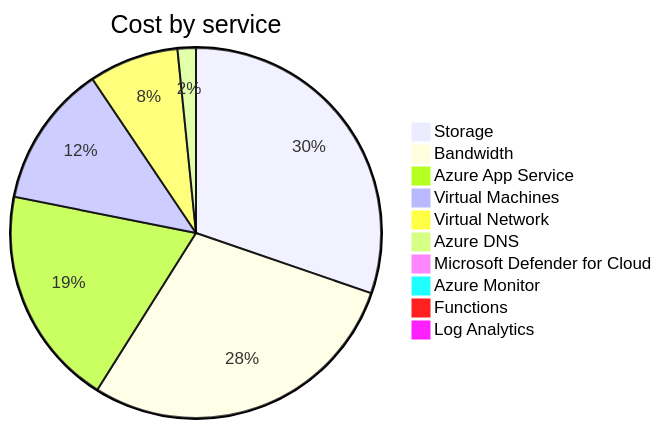
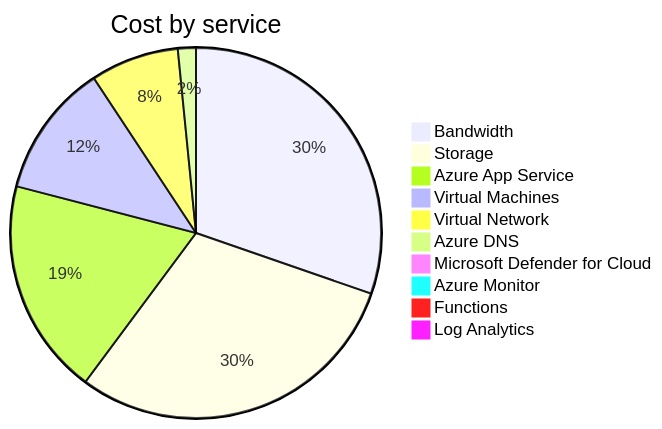
One commit to jpfulton/azure-personal-reports changed the second of 4 diagrams in cost-reports/accumulated-cost.md. Above: the diagram before and after it, drawn with Mermaid. The commit also changed other lines of this file and 4 other files, not shown here.

````diff
--- a/cost-reports/accumulated-cost.md
+++ b/cost-reports/accumulated-cost.md
@@ -100,14 +100,14 @@
 ```mermaid
 pie
    title Cost by service
-   "Storage" : 6.23
-   "Bandwidth" : 5.90
-   "Azure App Service" : 3.95
-   "Virtual Machines" : 2.56
-   "Virtual Network" : 1.61
-   "Azure DNS" : 0.33
-   "Microsoft Defender for Cloud" : 0.16
+   "Bandwidth" : 7.51
+   "Storage" : 7.40
+   "Azure App Service" : 4.68
+   "Virtual Machines" : 2.89
+   "Virtual Network" : 1.91
+   "Azure DNS" : 0.39
+   "Microsoft Defender for Cloud" : 0.20
    "Azure Monitor" : 0.00
    "Functions" : 0.00
    "Log Analytics" : 0.00
 ```
````
